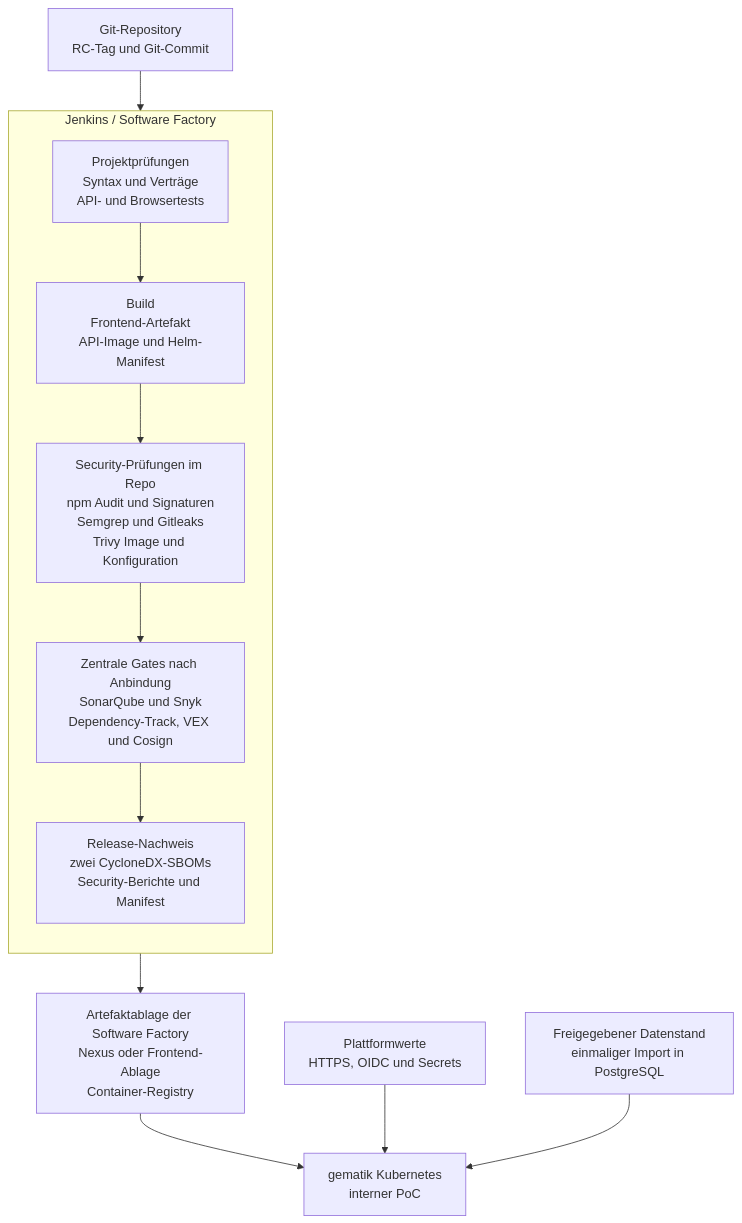
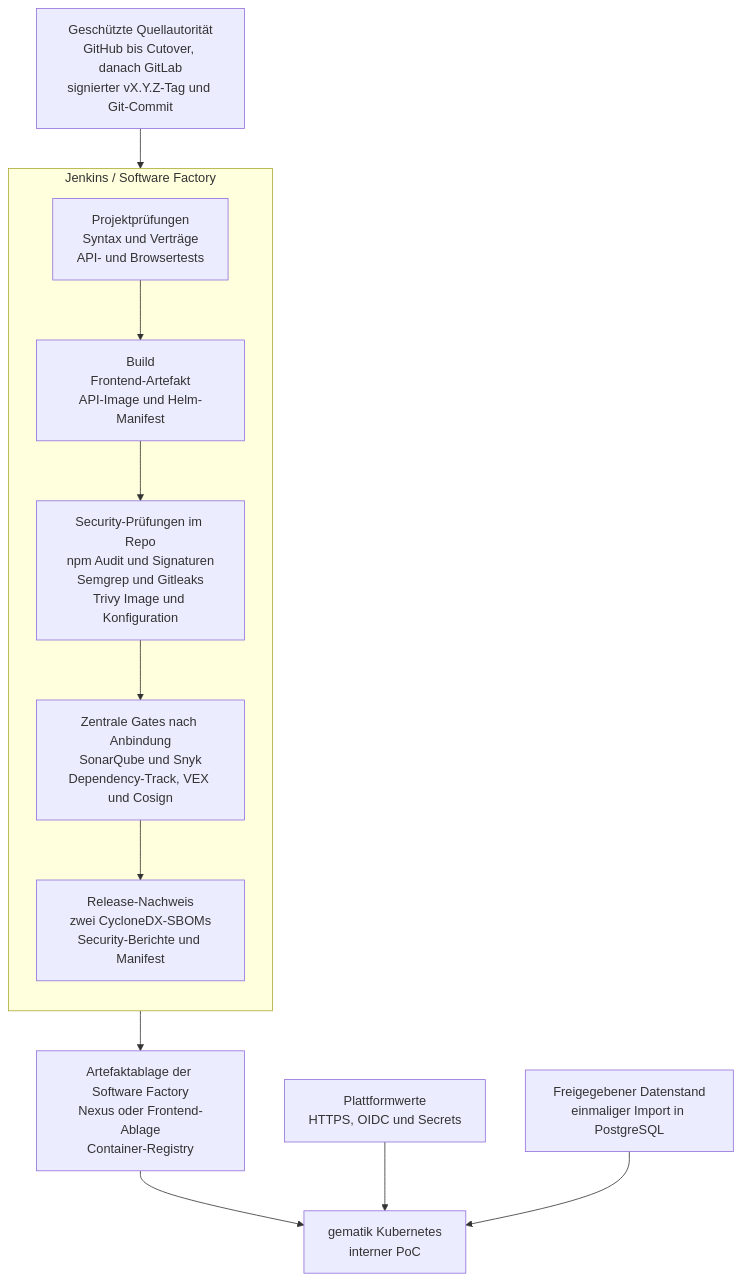
Before and after one commit to TimoFrank/mitmachen: the diagram in dokumentation/betrieb-und-deployment/DEPLOYMENT_GEMATIK_K8S.md, drawn with Mermaid. The commit also changed other lines of this file and 35 other files, not shown here.

````diff
--- a/dokumentation/betrieb-und-deployment/DEPLOYMENT_GEMATIK_K8S.md
+++ b/dokumentation/betrieb-und-deployment/DEPLOYMENT_GEMATIK_K8S.md
@@ -13,24 +17,24 @@
 ```mermaid
 flowchart TB
-  RC["Git-Repository<br/>RC-Tag und Git-Commit"]
+  RC["Geschützte Quellautorität<br/>GitHub bis Cutover, danach GitLab<br/>signierter vX.Y.Z-Tag und Git-Commit"]
 
   subgraph SF["Jenkins / Software Factory"]
     direction TB
     TEST["Projektprüfungen<br/>Syntax und Verträge<br/>API- und Browsertests"]
     BUILD["Build<br/>Frontend-Artefakt<br/>API-Image und Helm-Manifest"]
     LOCAL["Security-Prüfungen im Repo<br/>npm Audit und Signaturen<br/>Semgrep und Gitleaks<br/>Trivy Image und Konfiguration"]
     CENTRAL["Zentrale Gates nach Anbindung<br/>SonarQube und Snyk<br/>Dependency-Track, VEX und Cosign"]
     EVIDENCE["Release-Nachweis<br/>zwei CycloneDX-SBOMs<br/>Security-Berichte und Manifest"]
     TEST --> BUILD --> LOCAL --> CENTRAL --> EVIDENCE
   end
 
   STORE["Artefaktablage der Software Factory<br/>Nexus oder Frontend-Ablage<br/>Container-Registry"]
   POC["gematik Kubernetes<br/>interner PoC"]
   PLATFORM["Plattformwerte<br/>HTTPS, OIDC und Secrets"]
   DATA["Freigegebener Datenstand<br/>einmaliger Import in PostgreSQL"]
 
   RC --> TEST
   EVIDENCE --> STORE --> POC
   PLATFORM --> POC
   DATA --> POC
 ```
````
